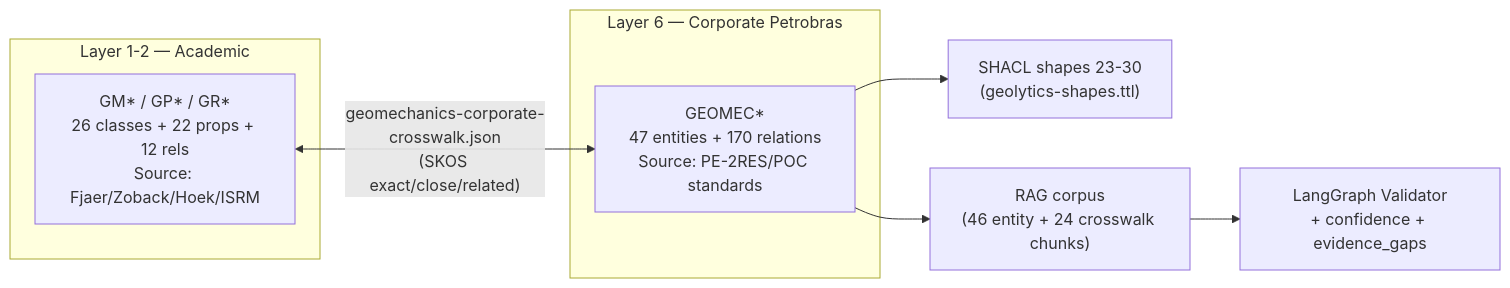
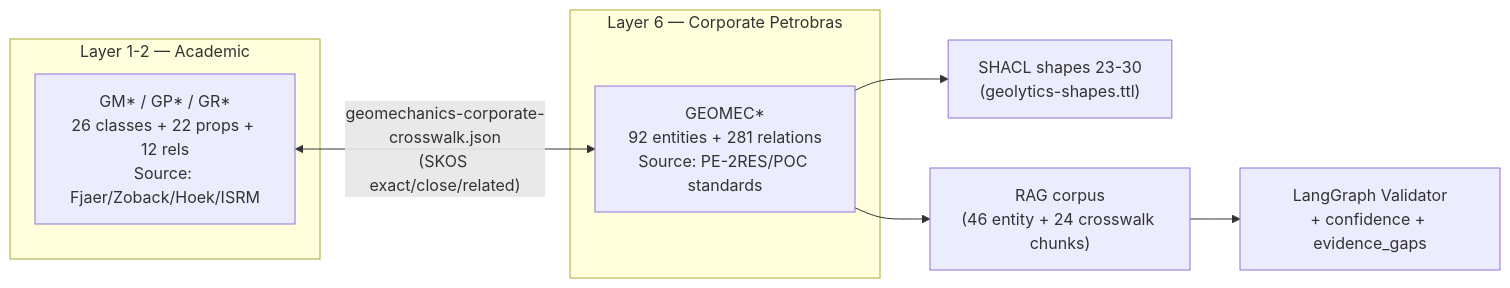
Before and after one commit to thiagoflc/geolytics-dictionary: the second of 2 diagrams in docs/GEOMECHANICS.md, drawn with Mermaid. The commit also changed other lines of this file and 30 other files, not shown here.

````diff
--- a/docs/GEOMECHANICS.md
+++ b/docs/GEOMECHANICS.md
@@ -165,13 +165,13 @@
 ```mermaid
 flowchart LR
     subgraph L1L2["Layer 1-2 — Academic"]
         GMx["GM* / GP* / GR*<br/>26 classes + 22 props + 12 rels<br/>Source: Fjaer/Zoback/Hoek/ISRM"]
     end
     subgraph L6["Layer 6 — Corporate Petrobras"]
-        GEOMECx["GEOMEC*<br/>47 entities + 170 relations<br/>Source: PE-2RES/POC standards"]
+        GEOMECx["GEOMEC*<br/>92 entities + 281 relations<br/>Source: PE-2RES/POC standards"]
     end
     GMx <-- "geomechanics-corporate-<br/>crosswalk.json<br/>(SKOS exact/close/related)" --> GEOMECx
     GEOMECx --> SHACL["SHACL shapes 23-30<br/>(geolytics-shapes.ttl)"]
     GEOMECx --> RAG["RAG corpus<br/>(46 entity + 24 crosswalk chunks)"]
     RAG --> Validator["LangGraph Validator<br/>+ confidence + evidence_gaps"]
 ```
````
